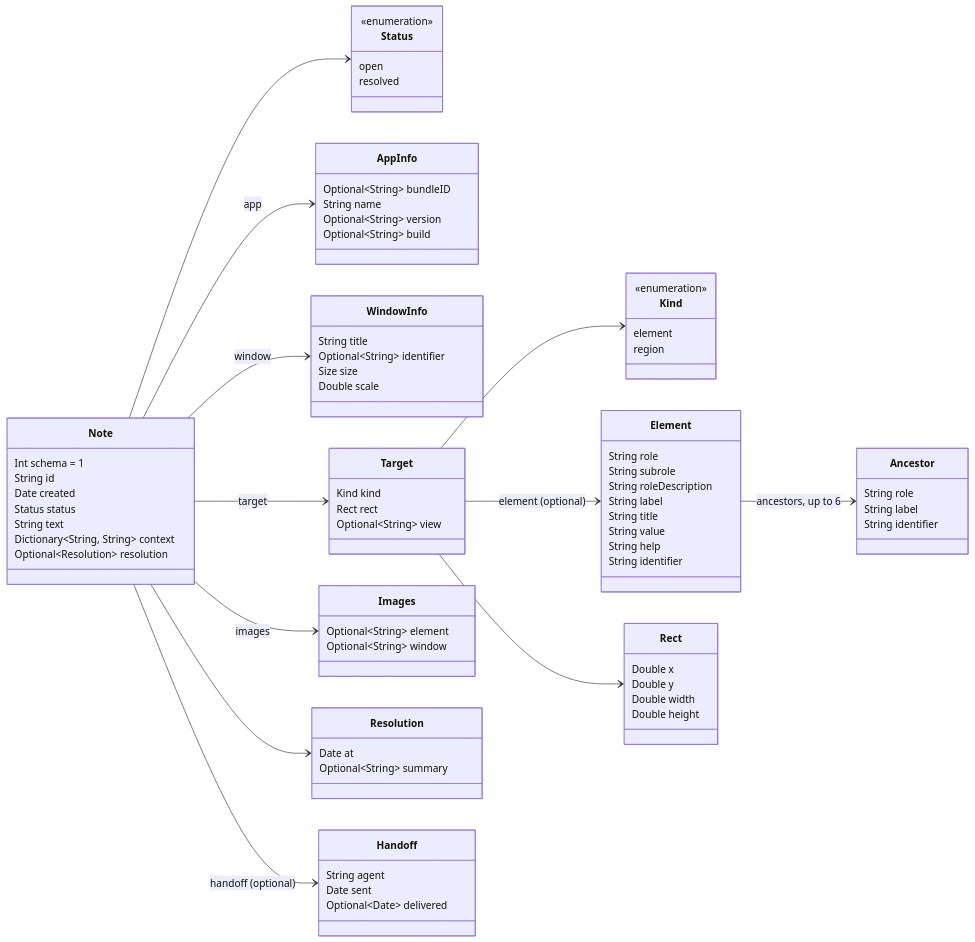
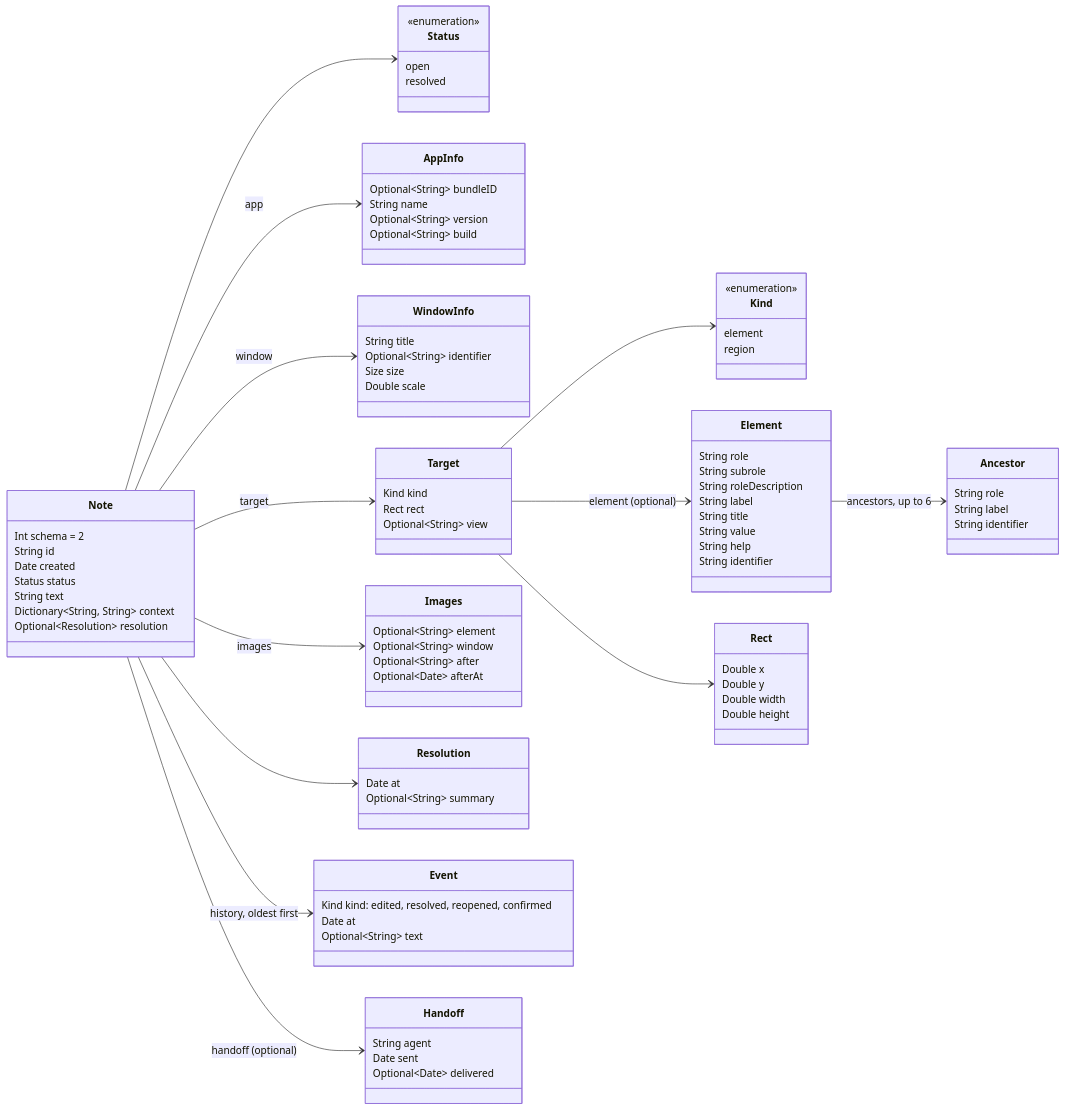
Before and after one commit to ordinarynerds/tincan: diagram 18 of 25 in docs/ARCHITECTURE.md, drawn with Mermaid. The commit also changed other lines of this file and 39 other files, not shown here.

```diff
--- a/docs/ARCHITECTURE.md
+++ b/docs/ARCHITECTURE.md
@@ -398,7 +605,7 @@
 classDiagram
     direction LR
     class Note {
-        Int schema = 1
+        Int schema = 2
         String id
         Date created
         Status status
@@ -451,10 +658,17 @@
     class Images {
         Optional~String~ element
         Optional~String~ window
+        Optional~String~ after
+        Optional~Date~ afterAt
     }
     class Resolution {
         Date at
         Optional~String~ summary
+    }
+    class Event {
+        Kind kind: edited, resolved, reopened, confirmed
+        Date at
+        Optional~String~ text
     }
     class Handoff {
         String agent
@@ -475,6 +689,7 @@
     Note --> Images : images
     Note --> Resolution
     Note --> Handoff : handoff (optional)
+    Note --> Event : history, oldest first
     Target --> Kind
     Target --> Rect
     Target --> Element : element (optional)
```
